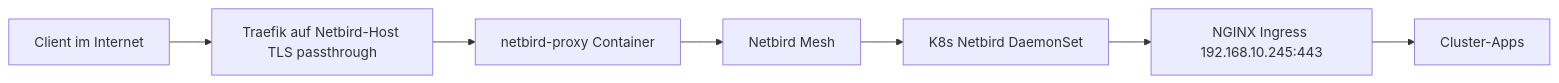
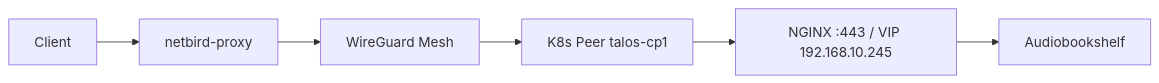
One commit to kreativmonkey/homelab-gitops changed the diagram in docs/netbird-reverse-proxy.md. Above: the diagram before and after it, drawn with Mermaid. The commit also changed other lines of this file and 1 other file, not shown here.

First line of the commit message:
docs(netbird): fix 502 guidance — use Peer target for ingress

````diff
--- a/docs/netbird-reverse-proxy.md
+++ b/docs/netbird-reverse-proxy.md
@@ -7,17 +9,15 @@
 ```mermaid
 flowchart LR
-  Internet[Client im Internet]
-  Traefik[Traefik auf Netbird-Host TLS passthrough]
-  Proxy[netbird-proxy Container]
-  Mesh[Netbird Mesh]
-  K8sPeers[K8s Netbird DaemonSet]
-  Ingress[NGINX Ingress 192.168.10.245:443]
-  Apps[Cluster-Apps]
+  Internet[Client]
+  Proxy[netbird-proxy]
+  Mesh[WireGuard Mesh]
+  K8sPeer[K8s Peer talos-cp1]
+  Ingress[NGINX :443 / VIP 192.168.10.245]
+  App[Audiobookshelf]
 
-  Internet --> Traefik
-  Traefik --> Proxy
+  Internet --> Proxy
   Proxy --> Mesh
-  Mesh --> K8sPeers
-  K8sPeers --> Ingress
-  Ingress --> Apps
+  Mesh --> K8sPeer
+  K8sPeer --> Ingress
+  Ingress --> App
 ```
````
